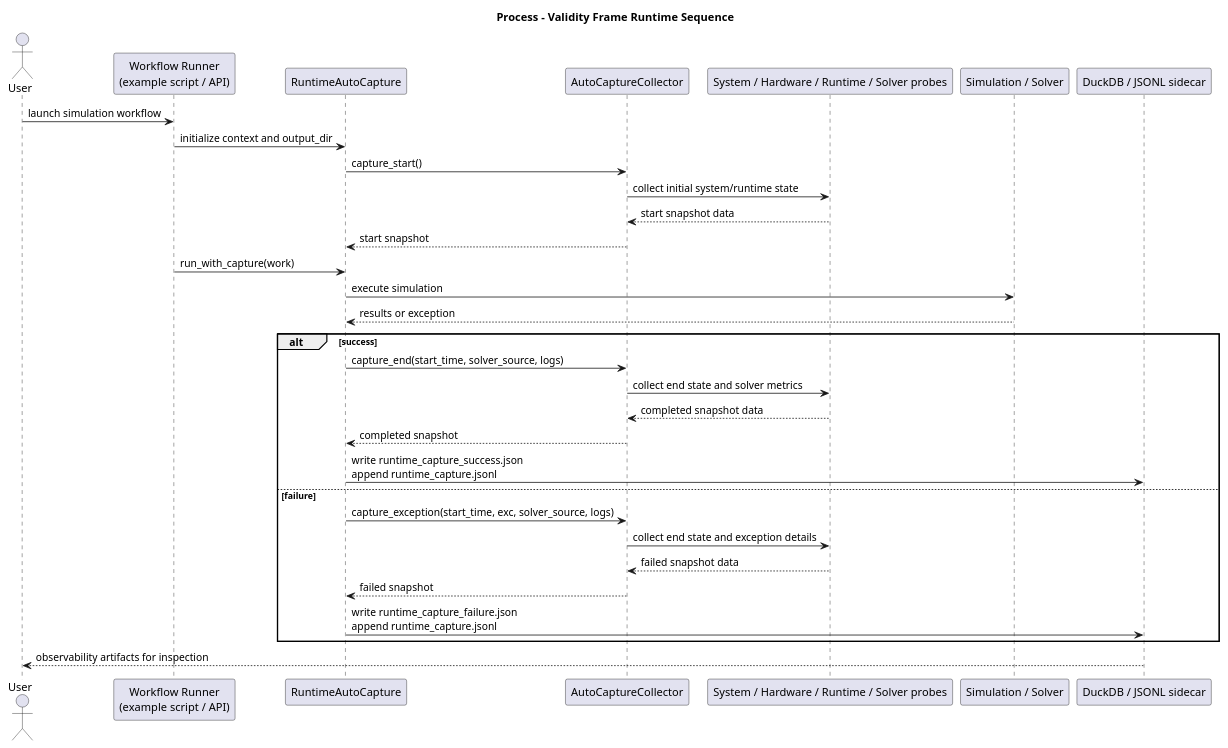
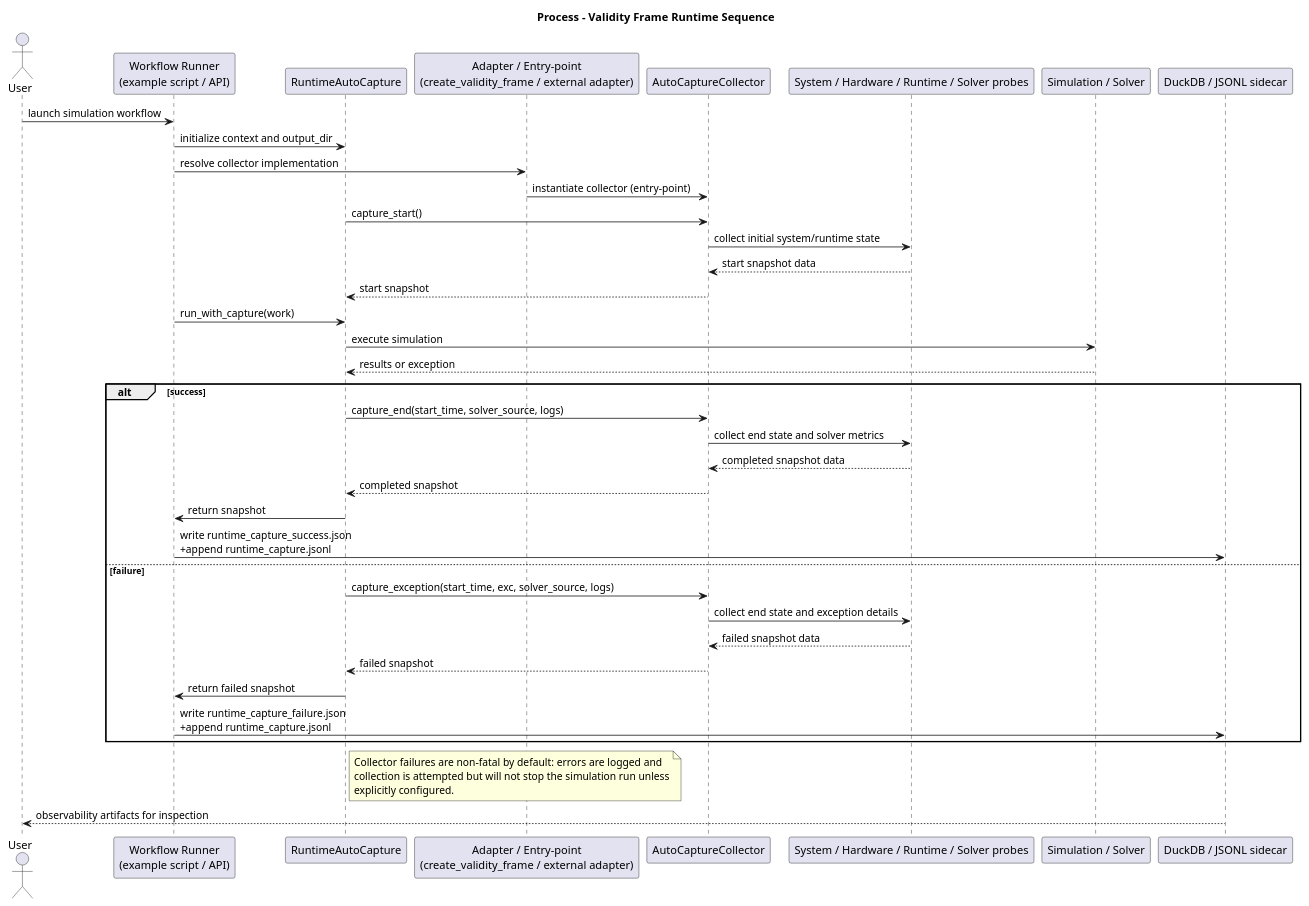
The diagram in docs/source/architecture/process/diagrams/validity_frame_runtime_sequence.puml (HydroModPy/HydroModPy), drawn with PlantUML before and after one commit. The commit also changed 22 other files, not shown here.

Commit message:
docs: update validity_frame runtime sequence diagram and add to external package docs

```diff
--- a/docs/source/architecture/process/diagrams/validity_frame_runtime_sequence.puml
+++ b/docs/source/architecture/process/diagrams/validity_frame_runtime_sequence.puml
@@ -1,38 +1,49 @@
 @startuml
 title Process - Validity Frame Runtime Sequence
 
 actor User
 participant "Workflow Runner\n(example script / API)" as Runner
 participant "RuntimeAutoCapture" as Capture
+participant "Adapter / Entry-point\n(create_validity_frame / external adapter)" as Adapter
 participant "AutoCaptureCollector" as Collector
 participant "System / Hardware / Runtime / Solver probes" as Probes
 participant "Simulation / Solver" as Simulation
 participant "DuckDB / JSONL sidecar" as Storage
 
 User -> Runner: launch simulation workflow
 Runner -> Capture: initialize context and output_dir
+Runner -> Adapter: resolve collector implementation
+Adapter -> Collector: instantiate collector (entry-point)
 Capture -> Collector: capture_start()
 Collector -> Probes: collect initial system/runtime state
 Probes --> Collector: start snapshot data
 Collector --> Capture: start snapshot
 
 Runner -> Capture: run_with_capture(work)
 Capture -> Simulation: execute simulation
 Simulation --> Capture: results or exception
 
 alt success
   Capture -> Collector: capture_end(start_time, solver_source, logs)
   Collector -> Probes: collect end state and solver metrics
   Probes --> Collector: completed snapshot data
   Collector --> Capture: completed snapshot
-  Capture -> Storage: write runtime_capture_success.json\nappend runtime_capture.jsonl
+  Capture -> Runner: return snapshot
+  Runner -> Storage: write runtime_capture_success.json\n+append runtime_capture.jsonl
 else failure
   Capture -> Collector: capture_exception(start_time, exc, solver_source, logs)
   Collector -> Probes: collect end state and exception details
   Probes --> Collector: failed snapshot data
   Collector --> Capture: failed snapshot
-  Capture -> Storage: write runtime_capture_failure.json\nappend runtime_capture.jsonl
+  Capture -> Runner: return failed snapshot
+  Runner -> Storage: write runtime_capture_failure.json\n+append runtime_capture.jsonl
 end
+
+note right of Capture
+  Collector failures are non-fatal by default: errors are logged and
+  collection is attempted but will not stop the simulation run unless
+  explicitly configured.
+end note
 
 Storage --> User: observability artifacts for inspection
 @enduml
```
